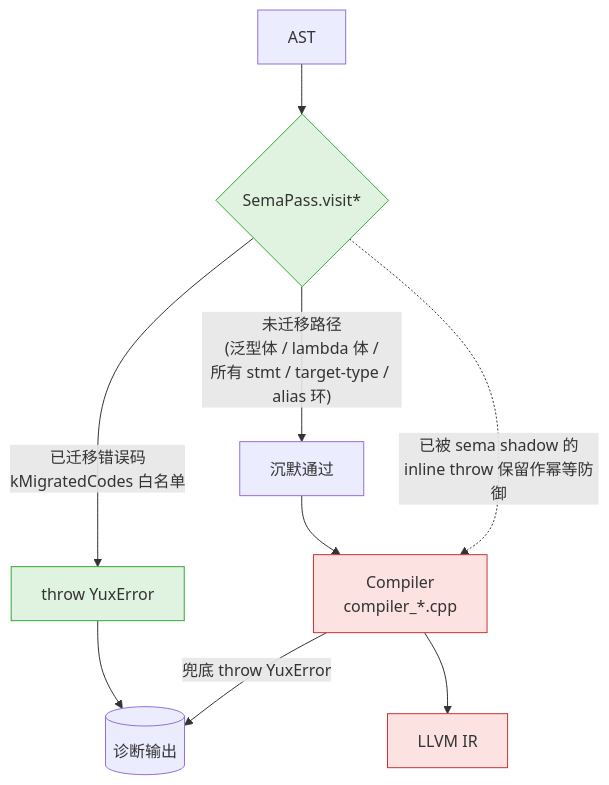
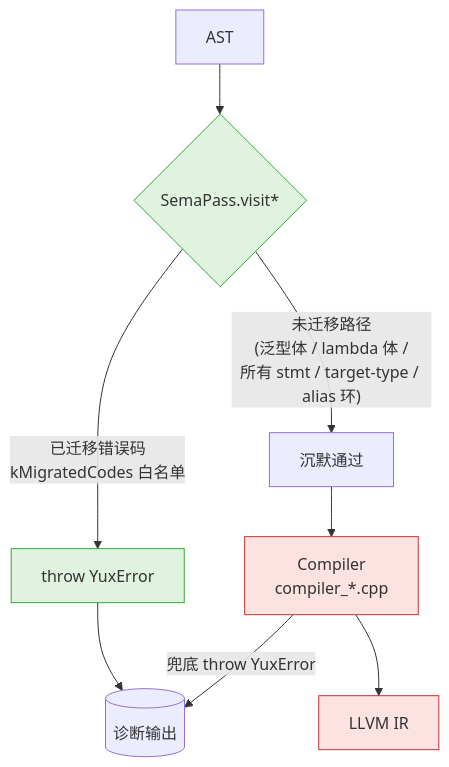
One commit to riu-lang/riu changed the fourth of 6 diagrams in yux.md. Above: the diagram before and after it, drawn with Mermaid. The commit also changed other lines of this file and 19 other files, not shown here.

First line of the commit message:
refactor(sema): 移除全部 Compiler 端防御性双跑（v0.16 收尾）

````diff
--- a/yux.md
+++ b/yux.md
@@ -111,20 +111,18 @@
 ```mermaid
 flowchart TB
     ast[AST] --> sema{SemaPass.visit*}
 
     sema -- "已迁移错误码<br/>kMigratedCodes 白名单" --> throwSema[throw YuxError]
     sema -- "未迁移路径<br/>(泛型体 / lambda 体 /<br/>所有 stmt / target-type / alias 环)" --> skip[沉默通过]
 
     throwSema --> userErr[(诊断输出)]
     skip --> compiler[Compiler<br/>compiler_*.cpp]
 
-    sema -. "已被 sema shadow 的<br/>inline throw 保留作幂等防御" .-> compiler
-
     compiler -- "兜底 throw YuxError" --> userErr
     compiler --> ir[LLVM IR]
 
     classDef green fill:#e0f3e0,stroke:#3a3
     classDef red fill:#fde2e2,stroke:#c33
     class sema,throwSema green
     class compiler,ir red
 ```
````
